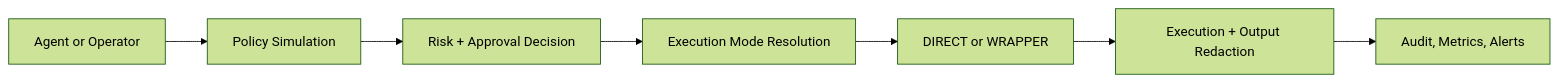
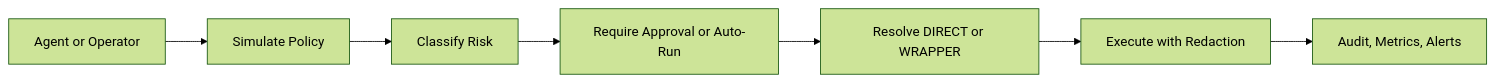
Before and after one commit to prajjwalkumar17/Niyam: the diagram in README.md, drawn with Mermaid (forest theme). The commit also changed other lines of this file and 2 other files, not shown here.

````diff
--- a/README.md
+++ b/README.md
@@ -47,9 +50,9 @@
 ```mermaid
 flowchart LR
-    A["Agent or Operator"] --> B["Policy Simulation"]
-    B --> C["Risk + Approval Decision"]
-    C --> D["Execution Mode Resolution"]
-    D --> E["DIRECT or WRAPPER"]
-    E --> F["Execution + Output Redaction"]
+    A["Agent or Operator"] --> B["Simulate Policy"]
+    B --> C["Classify Risk"]
+    C --> D["Require Approval or Auto-Run"]
+    D --> E["Resolve DIRECT or WRAPPER"]
+    E --> F["Execute with Redaction"]
     F --> G["Audit, Metrics, Alerts"]
 ```
````
